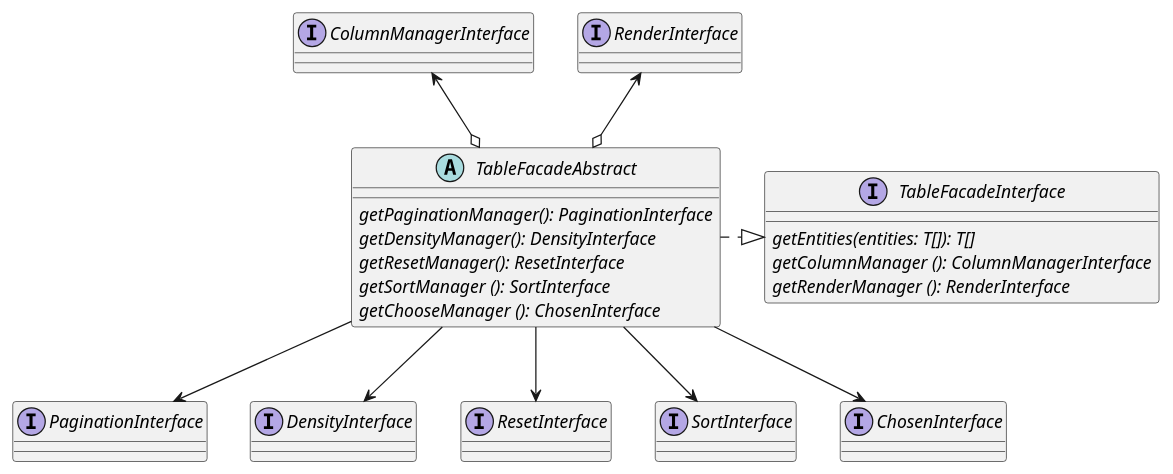
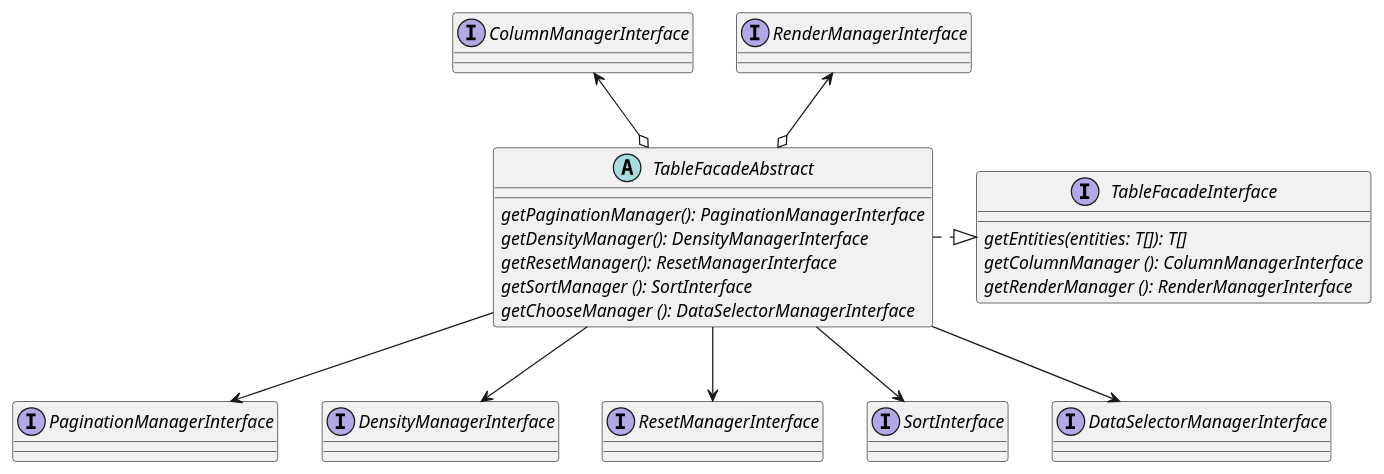
The diagram in src/Facades/TableFacade.puml (gothic-prince/table-component-es), drawn with PlantUML before and after one commit. The commit also changed 79 other files, not shown here.

```diff
--- a/src/Facades/TableFacade.puml
+++ b/src/Facades/TableFacade.puml
@@ -1,32 +1,32 @@
 @startuml
 interface ColumnManagerInterface
-interface RenderInterface
-interface PaginationInterface
-interface DensityInterface
-interface ResetInterface
+interface RenderManagerInterface
+interface PaginationManagerInterface
+interface DensityManagerInterface
+interface ResetManagerInterface
 interface SortInterface
-interface ChosenInterface
+interface DataSelectorManagerInterface
 
 interface TableFacadeInterface {
   {abstract} getEntities(entities: T[]): T[]
   {abstract} getColumnManager (): ColumnManagerInterface
-  {abstract} getRenderManager (): RenderInterface
+  {abstract} getRenderManager (): RenderManagerInterface
 }
 abstract class TableFacadeAbstract {
-  {abstract} getPaginationManager(): PaginationInterface
-  {abstract} getDensityManager(): DensityInterface
-  {abstract} getResetManager(): ResetInterface
+  {abstract} getPaginationManager(): PaginationManagerInterface
+  {abstract} getDensityManager(): DensityManagerInterface
+  {abstract} getResetManager(): ResetManagerInterface
   {abstract} getSortManager (): SortInterface
-  {abstract} getChooseManager (): ChosenInterface
+  {abstract} getChooseManager (): DataSelectorManagerInterface
 }
 TableFacadeAbstract .|> TableFacadeInterface
 ColumnManagerInterface <--o TableFacadeAbstract
-RenderInterface <--o TableFacadeAbstract
+RenderManagerInterface <--o TableFacadeAbstract
 
-TableFacadeAbstract --> PaginationInterface
-TableFacadeAbstract --> DensityInterface
-TableFacadeAbstract --> ResetInterface
+TableFacadeAbstract --> PaginationManagerInterface
+TableFacadeAbstract --> DensityManagerInterface
+TableFacadeAbstract --> ResetManagerInterface
 TableFacadeAbstract --> SortInterface
-TableFacadeAbstract --> ChosenInterface
+TableFacadeAbstract --> DataSelectorManagerInterface
 
 @enduml
```
